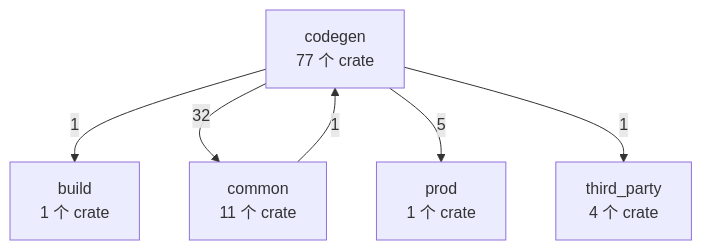
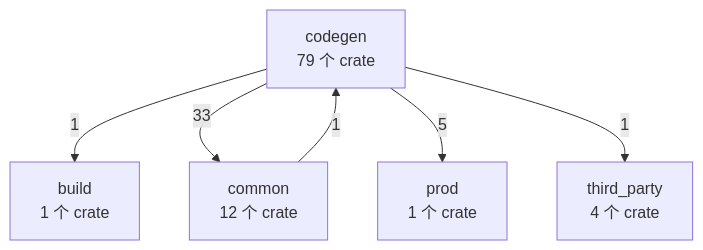
Before and after one commit to 2686521696/WhyBuddy: the first of 5 diagrams in docs/grok-build 架构图（自动生成）.md, drawn with Mermaid. The commit also changed other lines of this file and 1 other file, not shown here.

First line of the commit message:
重新生成四份架构图：grok 对照物换到当前 rev，Python 图补上新边。

````diff
--- a/docs/grok-build 架构图（自动生成）.md
+++ b/docs/grok-build 架构图（自动生成）.md
@@ -24,13 +24,13 @@
 ```mermaid
 flowchart TB
   build["build<br/>1 个 crate"]
-  codegen["codegen<br/>77 个 crate"]
-  common["common<br/>11 个 crate"]
+  codegen["codegen<br/>79 个 crate"]
+  common["common<br/>12 个 crate"]
   prod["prod<br/>1 个 crate"]
   third_party["third_party<br/>4 个 crate"]
   codegen -->|1| build
-  codegen -->|32| common
+  codegen -->|33| common
   codegen -->|5| prod
   codegen -->|1| third_party
   common -->|1| codegen
 ```
````
